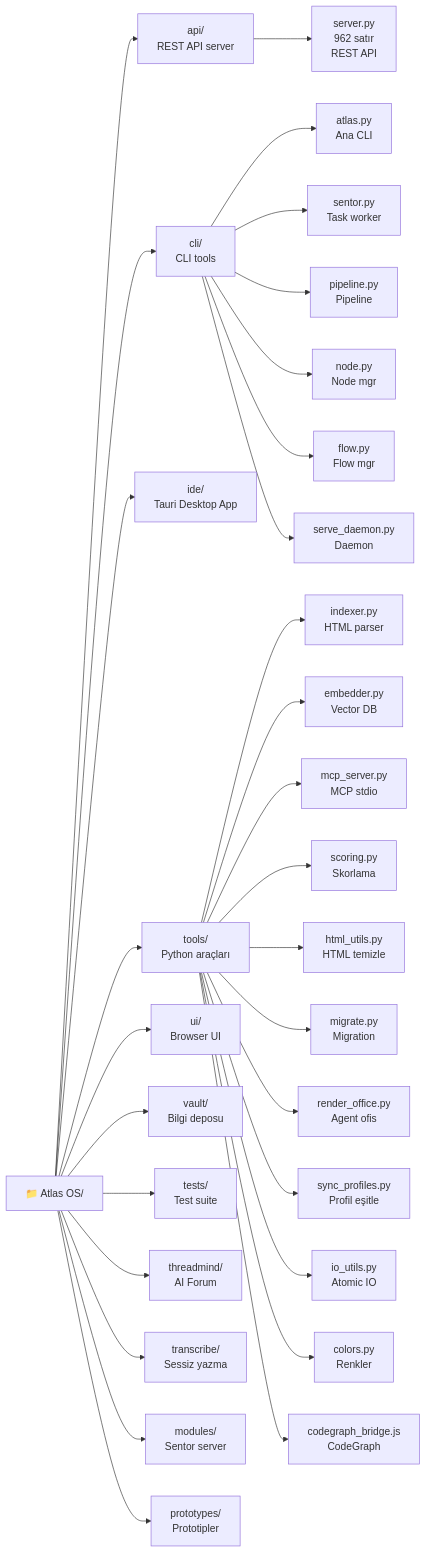
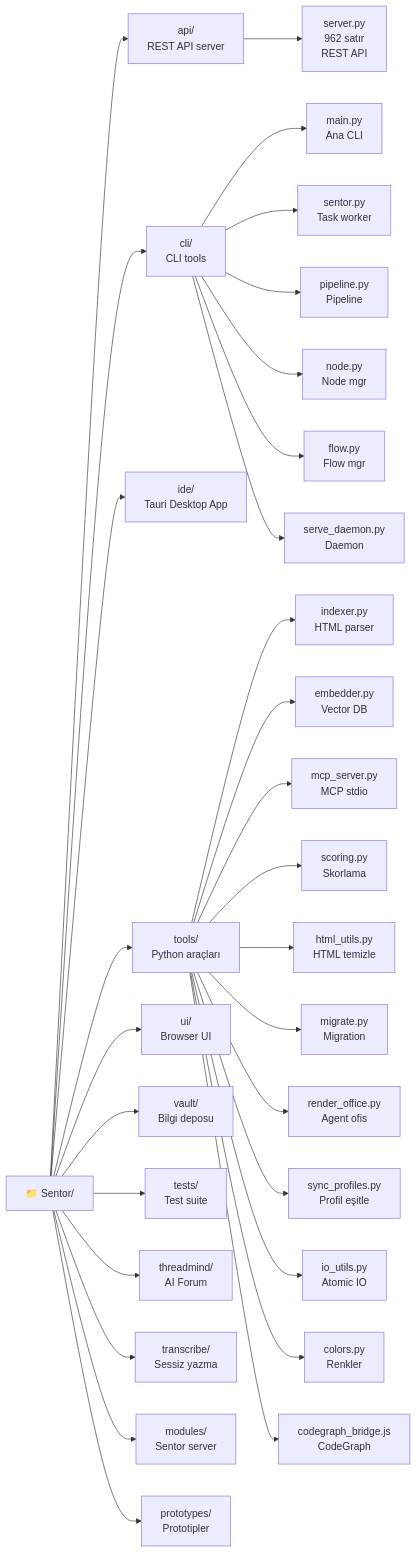
One commit to Ozgurooozer/Sentor changed the second of 5 diagrams in docs/opencode-codereview-1.md. Above: the diagram before and after it, drawn with Mermaid. The commit also changed other lines of this file and 386 other files, not shown here.

````diff
--- a/docs/opencode-codereview-1.md
+++ b/docs/opencode-codereview-1.md
@@ -78,34 +78,34 @@
 ```mermaid
 graph LR
-    ROOT["📁 Atlas OS/"] --> API["api/<br/>REST API server"]
+    ROOT["📁 Sentor/"] --> API["api/<br/>REST API server"]
     ROOT --> CLI["cli/<br/>CLI tools"]
     ROOT --> IDE["ide/<br/>Tauri Desktop App"]
     ROOT --> TOOLS["tools/<br/>Python araçları"]
     ROOT --> UI["ui/<br/>Browser UI"]
     ROOT --> VAULT["vault/<br/>Bilgi deposu"]
     ROOT --> TESTS["tests/<br/>Test suite"]
     ROOT --> THREAD["threadmind/<br/>AI Forum"]
     ROOT --> TRANS["transcribe/<br/>Sessiz yazma"]
     ROOT --> MODULES["modules/<br/>Sentor server"]
     ROOT --> PROTOS["prototypes/<br/>Prototipler"]
 
     API --> API_F["server.py<br/>962 satır<br/>REST API"]
-    CLI --> CLI_F1["atlas.py<br/>Ana CLI"]
+    CLI --> CLI_F1["main.py<br/>Ana CLI"]
     CLI --> CLI_F2["sentor.py<br/>Task worker"]
     CLI --> CLI_F3["pipeline.py<br/>Pipeline"]
     CLI --> CLI_F4["node.py<br/>Node mgr"]
     CLI --> CLI_F5["flow.py<br/>Flow mgr"]
     CLI --> CLI_F6["serve_daemon.py<br/>Daemon"]
 
     TOOLS --> T1["indexer.py<br/>HTML parser"]
     TOOLS --> T2["embedder.py<br/>Vector DB"]
     TOOLS --> T3["mcp_server.py<br/>MCP stdio"]
     TOOLS --> T4["scoring.py<br/>Skorlama"]
     TOOLS --> T5["html_utils.py<br/>HTML temizle"]
     TOOLS --> T6["migrate.py<br/>Migration"]
     TOOLS --> T7["render_office.py<br/>Agent ofis"]
     TOOLS --> T8["sync_profiles.py<br/>Profil eşitle"]
     TOOLS --> T9["io_utils.py<br/>Atomic IO"]
     TOOLS --> T10["colors.py<br/>Renkler"]
     TOOLS --> T11["codegraph_bridge.js<br/>CodeGraph"]
 ```
````
